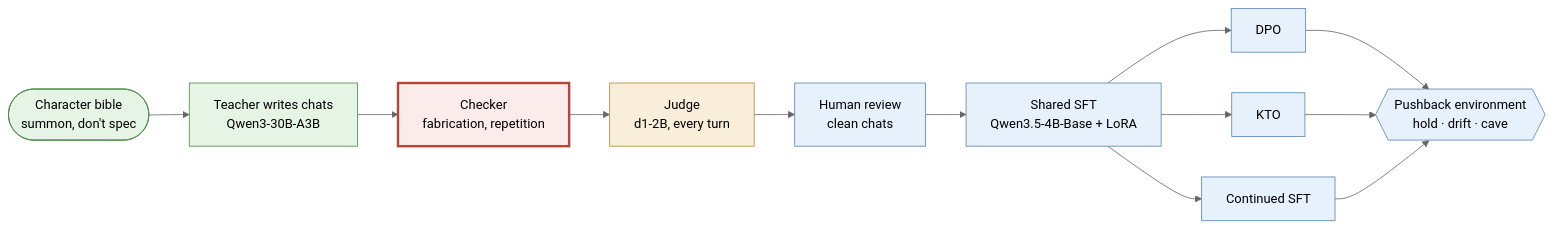
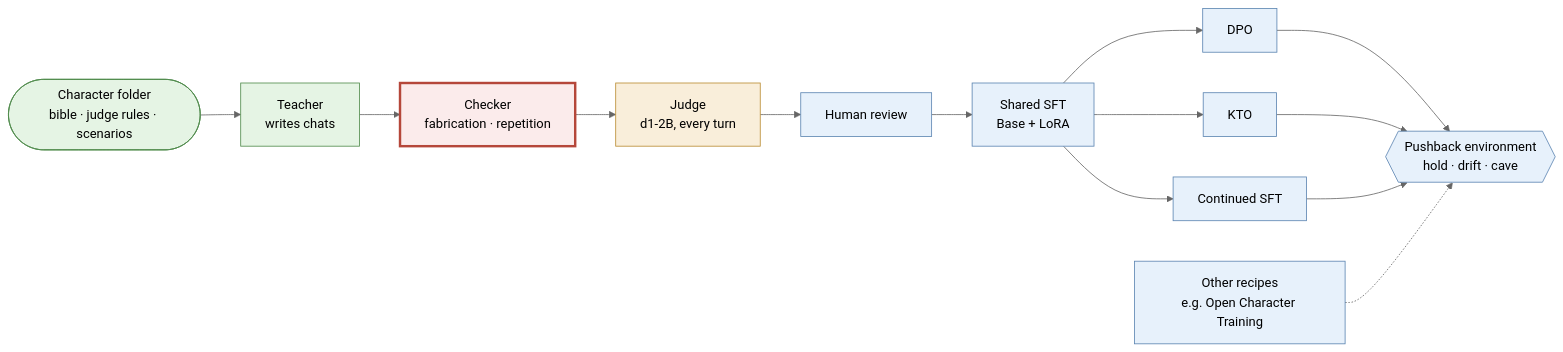
The first of 2 diagrams in README.md (Nalehs/Character-Training), drawn with Mermaid (neutral theme) before and after one commit. The commit also changed other lines of this file and 3 other files, not shown here.

````diff
--- a/README.md
+++ b/README.md
@@ -11,21 +9,22 @@
 ```mermaid
 flowchart LR
-    B(["Character bible<br/>summon, don't spec"]) --> T["Teacher writes chats<br/>Qwen3-30B-A3B"]
-    T --> C["Checker<br/>fabrication, repetition"]
+    B(["Character folder<br/>bible · judge rules · scenarios"]) --> T["Teacher<br/>writes chats"]
+    T --> C["Checker<br/>fabrication · repetition"]
     C --> J["Judge<br/>d1-2B, every turn"]
-    J --> H["Human review<br/>clean chats"]
-    H --> S["Shared SFT<br/>Qwen3.5-4B-Base + LoRA"]
+    J --> H["Human review"]
+    H --> S["Shared SFT<br/>Base + LoRA"]
     S --> D["DPO"]
     S --> K["KTO"]
     S --> CS["Continued SFT"]
     D & K & CS --> E{{"Pushback environment<br/>hold · drift · cave"}}
+    O["Other recipes<br/>e.g. Open Character Training"] -.-> E
 
     classDef ran fill:#e5f4e4,stroke:#4f8a4b
     classDef pilot fill:#f9eeda,stroke:#b98b31
     classDef blocked fill:#fbebeb,stroke:#b5473a,stroke-width:3px
     classDef ported fill:#e7f1fb,stroke:#5b84b1
     class B,T ran
     class J pilot
     class C blocked
-    class H,S,D,K,CS,E ported
+    class H,S,D,K,CS,E,O ported
 ```
````
